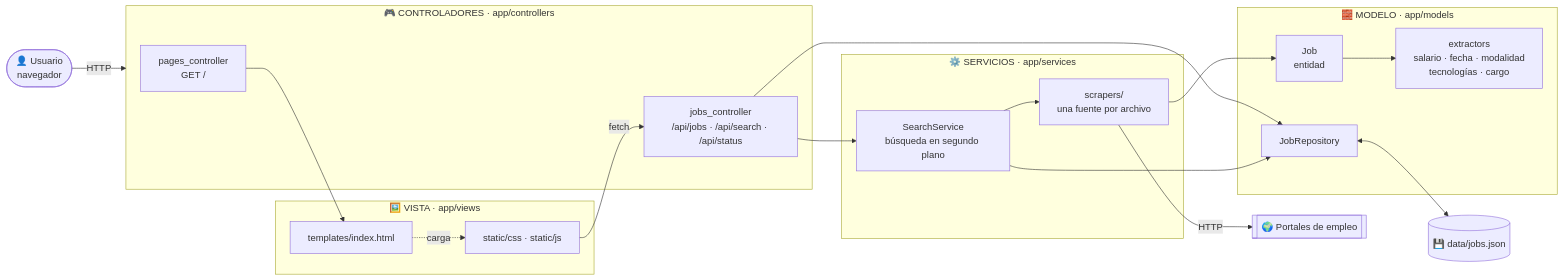
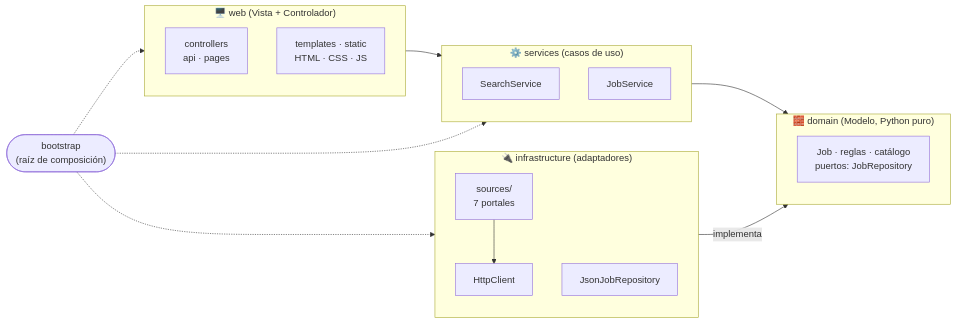
The diagram in README.md (zseuz/-job-search), drawn with Mermaid before and after one commit. The commit also changed other lines of this file and 120 other files, not shown here.

````diff
--- a/README.md
+++ b/README.md
@@ -130,40 +135,24 @@
 ```mermaid
 flowchart LR
-    U([👤 Usuario<br/>navegador]) -->|"HTTP"| C
-
-    subgraph V["🖼️ VISTA  ·  app/views"]
-        T["templates/index.html"]
-        S["static/css · static/js"]
+    subgraph web["🖥️ web  (Vista + Controlador)"]
+        C["controllers<br/>api · pages"]
+        V["templates · static<br/>HTML · CSS · JS"]
+    end
+    subgraph services["⚙️ services  (casos de uso)"]
+        S1["SearchService"]
+        S2["JobService"]
+    end
+    subgraph domain["🧱 domain  (Modelo, Python puro)"]
+        D["Job · reglas · catálogo<br/>puertos: JobRepository"]
+    end
+    subgraph infra["🔌 infrastructure  (adaptadores)"]
+        I1["sources/<br/>7 portales"]
+        I2["JsonJobRepository"]
+        I3["HttpClient"]
     end
 
-    subgraph C["🎮 CONTROLADORES  ·  app/controllers"]
-        PC["pages_controller<br/>GET /"]
-        JC["jobs_controller<br/>/api/jobs · /api/search · /api/status"]
-    end
-
-    subgraph SV["⚙️ SERVICIOS  ·  app/services"]
-        SS["SearchService<br/>búsqueda en segundo plano"]
-        SC["scrapers/<br/>una fuente por archivo"]
-    end
-
-    subgraph M["🧱 MODELO  ·  app/models"]
-        J["Job<br/>entidad"]
-        E["extractors<br/>salario · fecha · modalidad<br/>tecnologías · cargo"]
-        R["JobRepository"]
-    end
-
-    DB[("💾 data/jobs.json")]
-    W[["🌍 Portales de empleo"]]
-
-    PC --> T
-    T -.->|"carga"| S
-    S -->|"fetch"| JC
-    JC --> R
-    JC --> SS
-    SS --> SC
-    SC -->|"HTTP"| W
-    SC --> J
-    J --> E
-    SS --> R
-    R <--> DB
+    web --> services --> domain
+    infra -->|implementa| domain
+    I1 --> I3
+    boot(["bootstrap<br/>(raíz de composición)"]) -.-> web & services & infra
 ```
````
